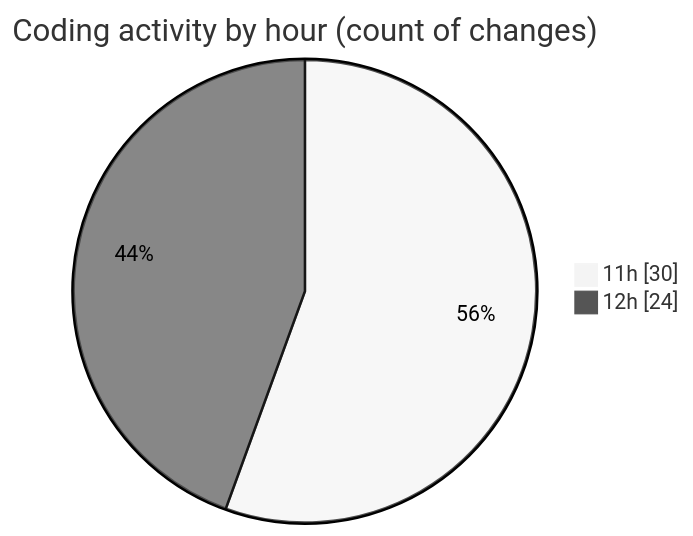
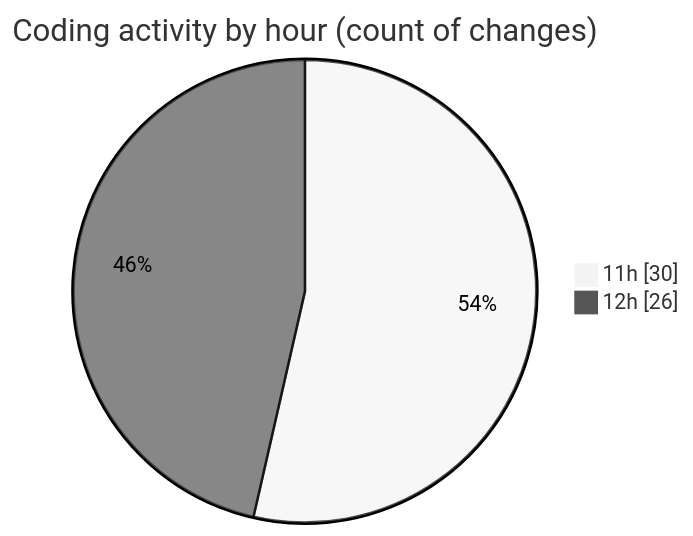
The second of 2 diagrams in 2025-07-13/argos/README.md (nxtqubesakshisongat/code-tracking), drawn with Mermaid (neutral theme) before and after one commit. The commit also changed other lines of this file and 1 other file, not shown here.

````diff
--- a/2025-07-13/argos/README.md
+++ b/2025-07-13/argos/README.md
@@ -30,6 +30,6 @@
 ```mermaid
 pie showData
 title Coding activity by hour (count of changes)
 "11h" : 30
-"12h" : 24
+"12h" : 26
 ```
````
